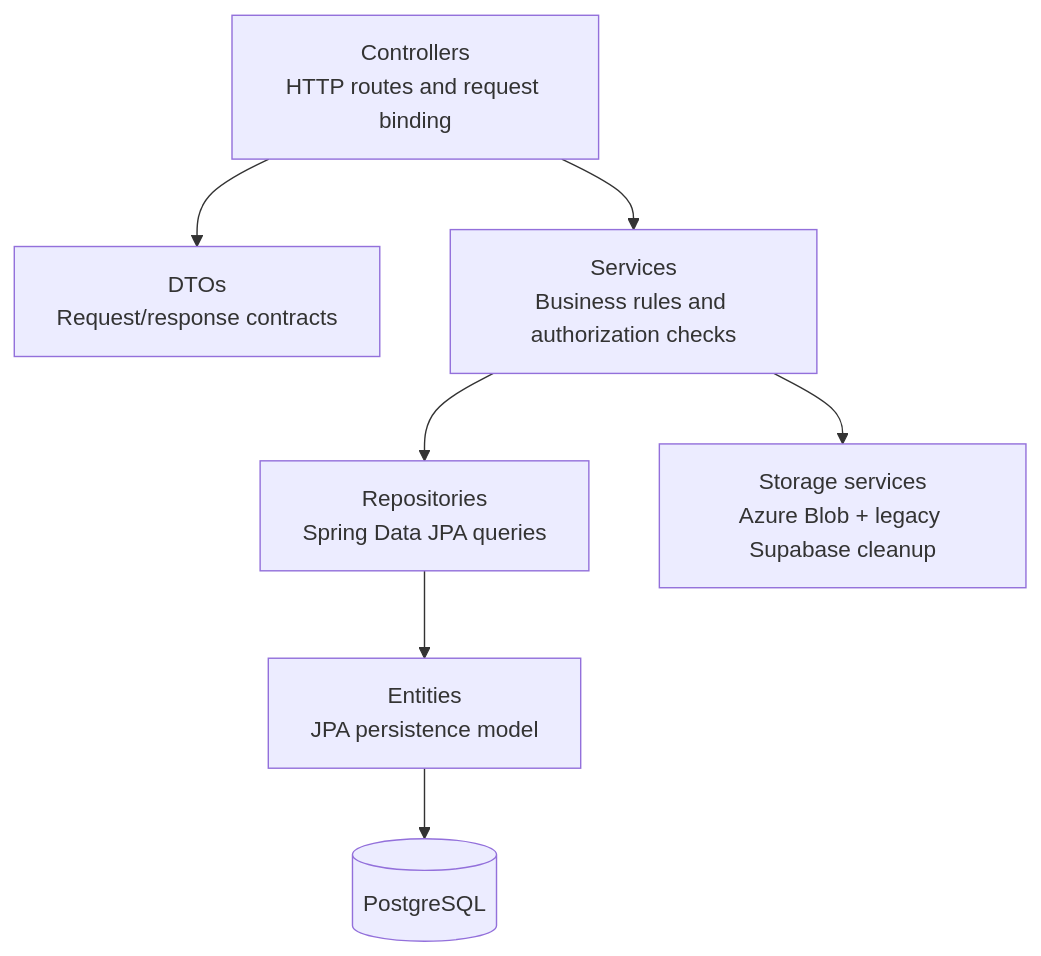
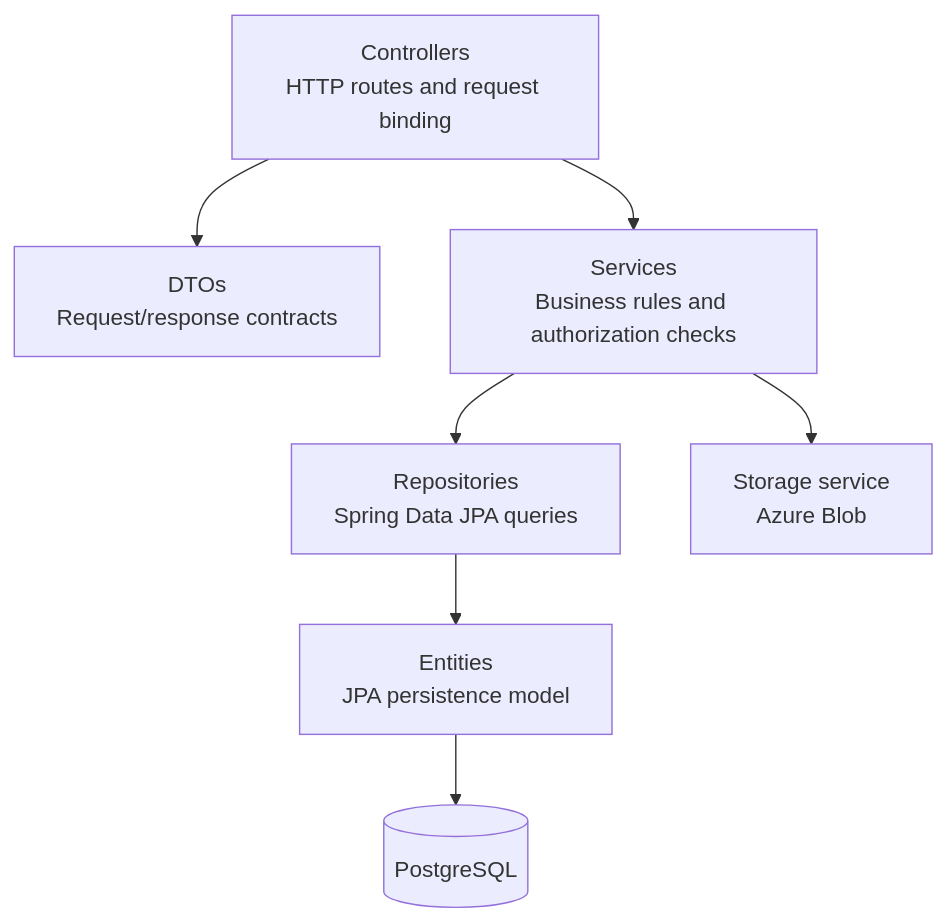
One commit to LiChenyang-GZ/SkillSwap-Web changed the second of 12 diagrams in docs/03-architecture/System-Architecture.md. Above: the diagram before and after it, drawn with Mermaid. The commit also changed other lines of this file and 12 other files, not shown here.

````diff
--- a/docs/03-architecture/System-Architecture.md
+++ b/docs/03-architecture/System-Architecture.md
@@ -169,17 +169,17 @@
 ```mermaid
 flowchart TB
   Controller["Controllers\nHTTP routes and request binding"]
   DTO["DTOs\nRequest/response contracts"]
   Service["Services\nBusiness rules and authorization checks"]
   Repository["Repositories\nSpring Data JPA queries"]
   Entity["Entities\nJPA persistence model"]
   Database[("PostgreSQL")]
-  Storage["Storage services\nAzure Blob + legacy Supabase cleanup"]
+  Storage["Storage service\nAzure Blob"]
 
   Controller --> DTO
   Controller --> Service
   Service --> Repository
   Repository --> Entity
   Entity --> Database
   Service --> Storage
 ```
````
